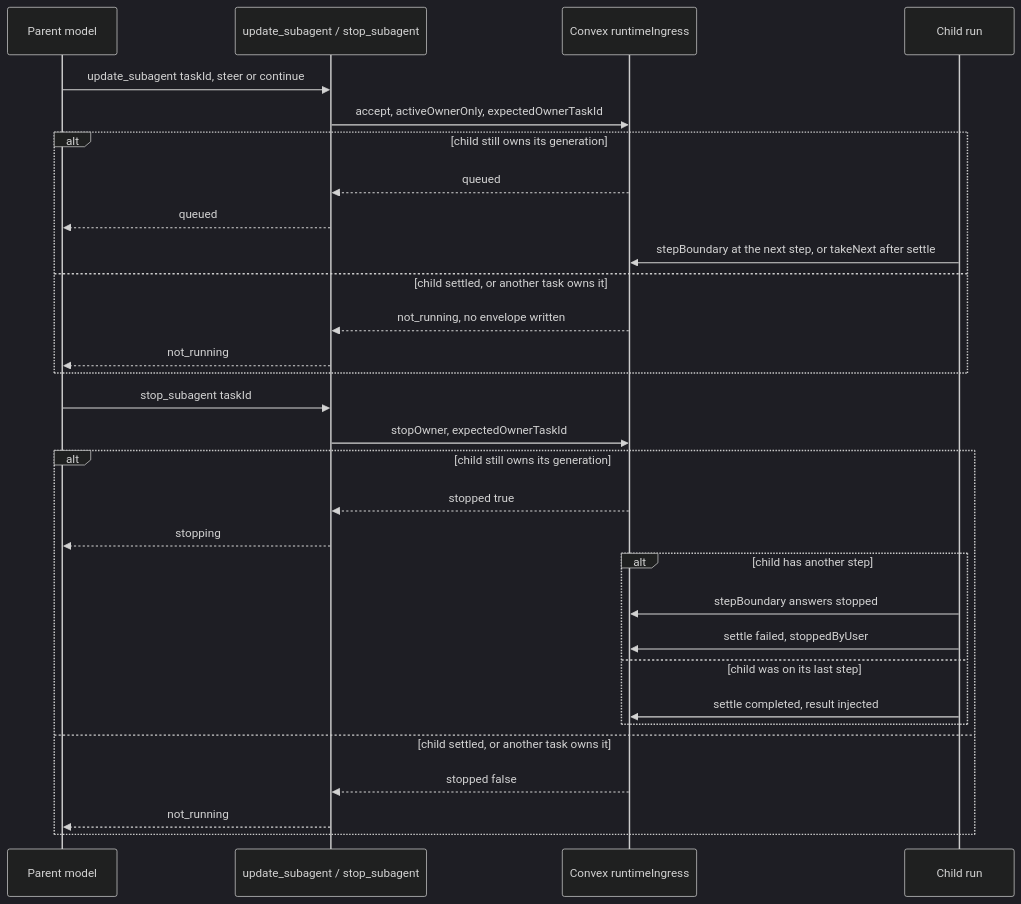
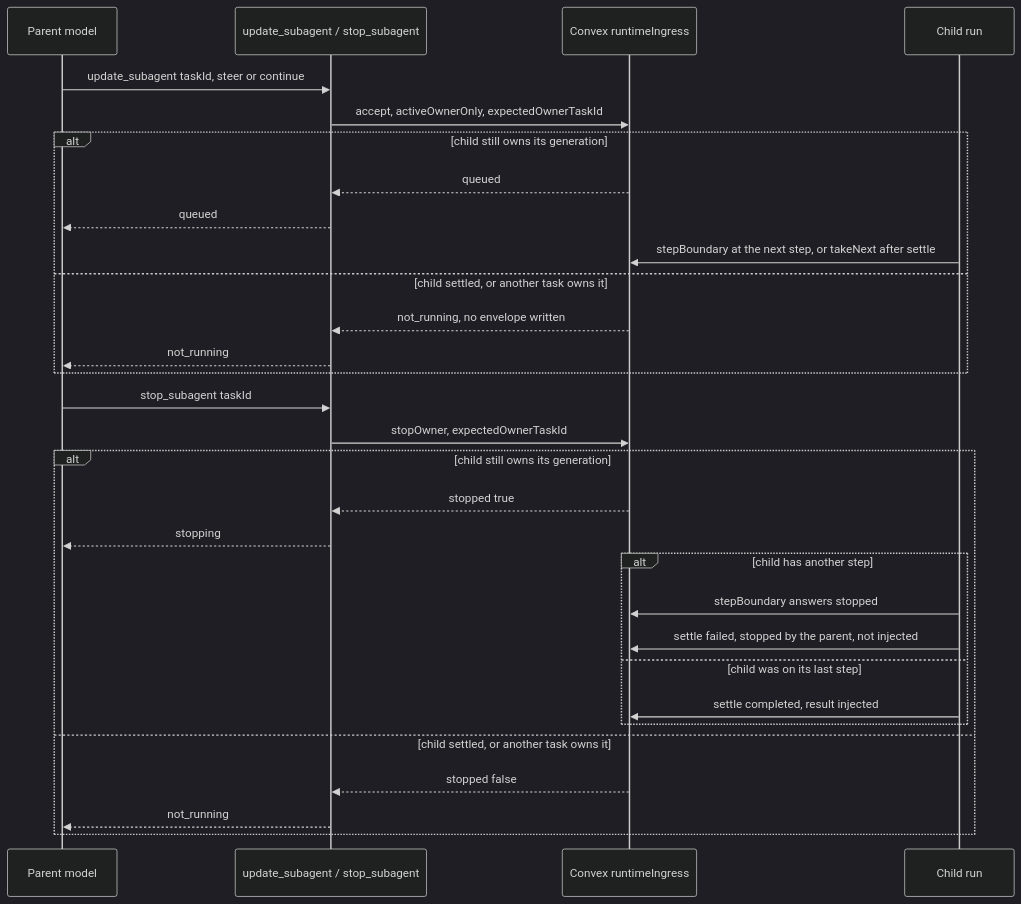
One commit to beeblastco/broods changed the fifth of 7 diagrams in apps/docs/docs/internals/subagents.md. Above: the diagram before and after it, drawn with Mermaid (dark theme). The commit also changed 1 other file, not shown here.

Commit message:
test(core): await the stopped-child follow-up assertion; fix the stop diagram
The stop_subagent follow-up test returned before its resolves assertion
ran, so a wrong note could never fail it. The internals sequence diagram
still said a parent stop settles with stoppedByUser, which this PR removed.

Claude-Session: https://claude.ai/code/session_014PXRBTsTKxjnnhrYwirWBk

````diff
--- a/apps/docs/docs/internals/subagents.md
+++ b/apps/docs/docs/internals/subagents.md
@@ -135,33 +135,33 @@
 ```mermaid
 sequenceDiagram
   participant P as Parent model
   participant T as update_subagent / stop_subagent
   participant CX as Convex runtimeIngress
   participant Ch as Child run
 
   P->>T: update_subagent taskId, steer or continue
   T->>CX: accept, activeOwnerOnly, expectedOwnerTaskId
   alt child still owns its generation
     CX-->>T: queued
     T-->>P: queued
     Ch->>CX: stepBoundary at the next step, or takeNext after settle
   else child settled, or another task owns it
     CX-->>T: not_running, no envelope written
     T-->>P: not_running
   end
   P->>T: stop_subagent taskId
   T->>CX: stopOwner, expectedOwnerTaskId
   alt child still owns its generation
     CX-->>T: stopped true
     T-->>P: stopping
     alt child has another step
       Ch->>CX: stepBoundary answers stopped
-      Ch->>CX: settle failed, stoppedByUser
+      Ch->>CX: settle failed, stopped by the parent, not injected
     else child was on its last step
       Ch->>CX: settle completed, result injected
     end
   else child settled, or another task owns it
     CX-->>T: stopped false
     T-->>P: not_running
   end
 ```
````
